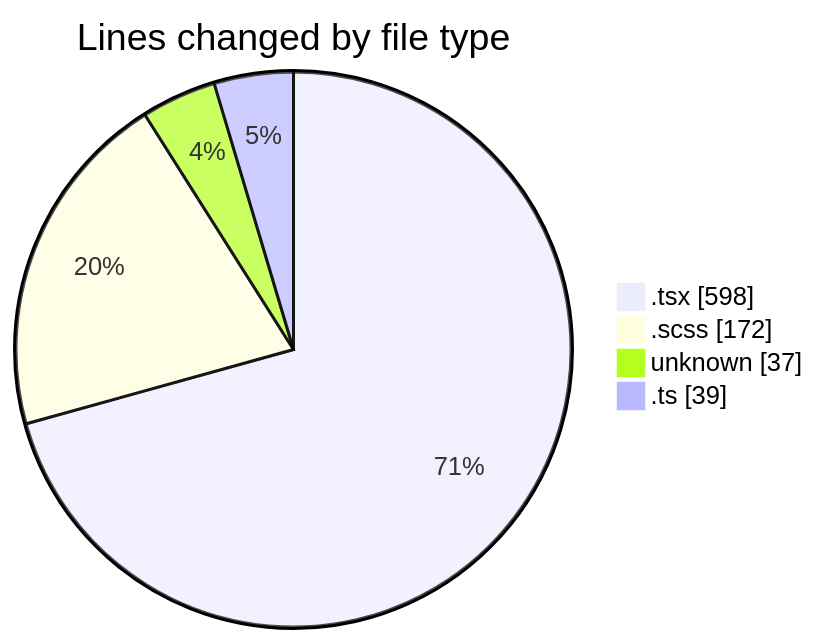
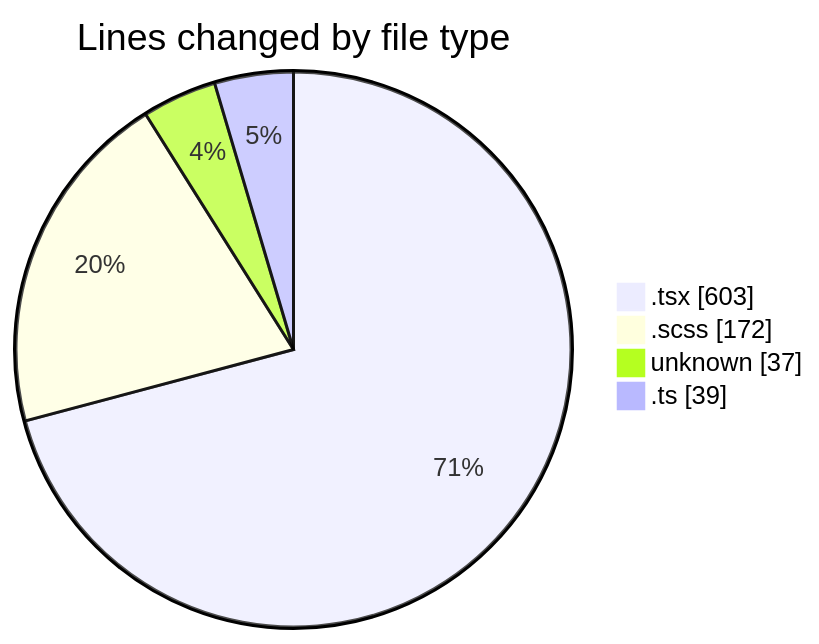
One commit to momahboobian/code-tracking changed the first of 2 diagrams in 2025-09-16/cda/README.md. Above: the diagram before and after it, drawn with Mermaid. The commit also changed other lines of this file and 1 other file, not shown here.

````diff
--- a/2025-09-16/cda/README.md
+++ b/2025-09-16/cda/README.md
@@ -24,8 +24,8 @@
 ```mermaid
 pie showData
 title Lines changed by file type
-".tsx" : 598
+".tsx" : 603
 ".scss" : 172
 "unknown" : 37
 ".ts" : 39
 ```
````
